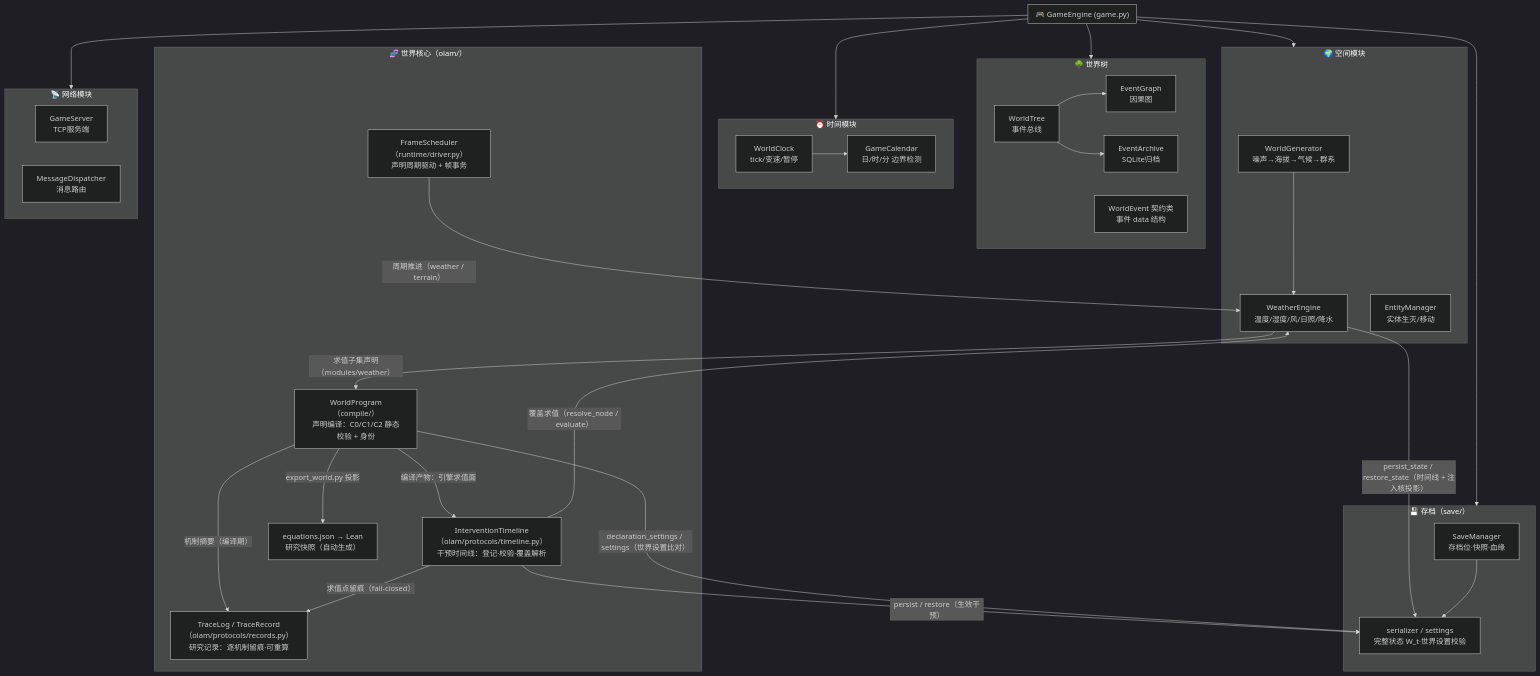
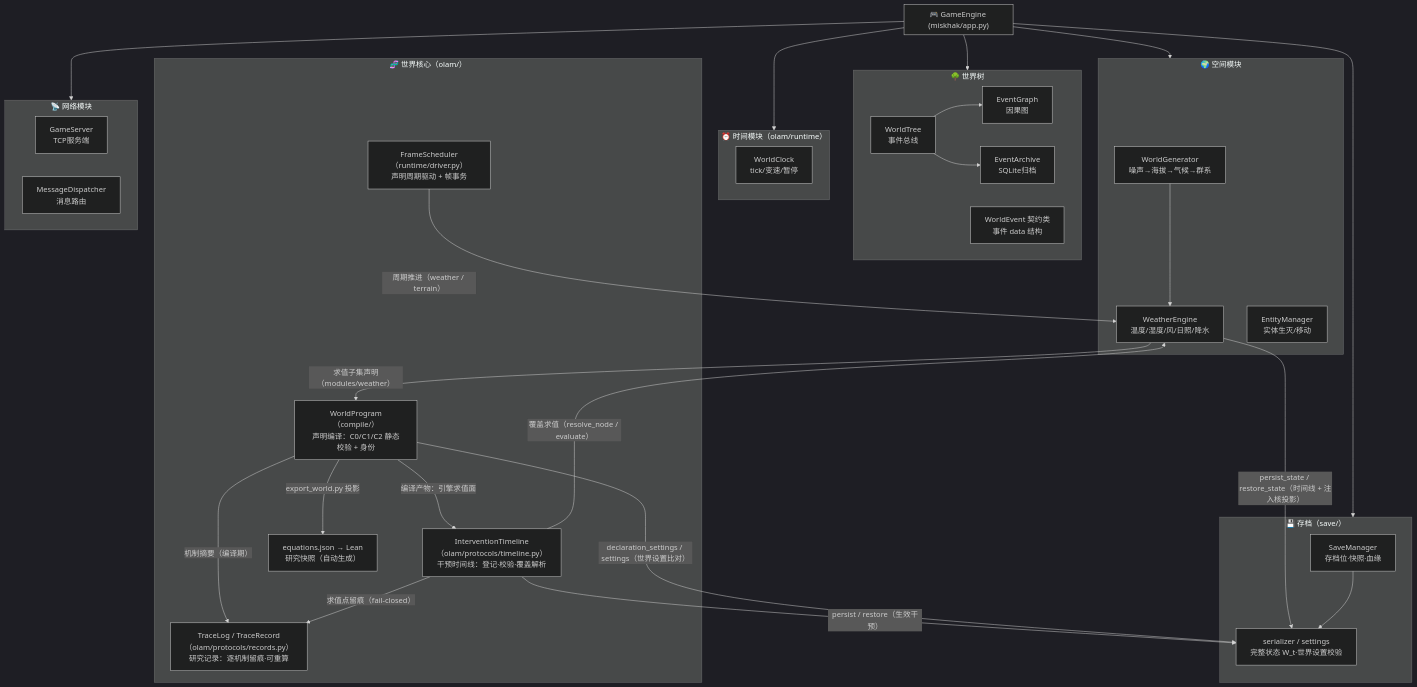
Before and after one commit to Jedidiah-Zhang/Ascend: the first of 6 diagrams in docs/diagrams/architecture.md, drawn with Mermaid (dark theme). The commit also changed other lines of this file and 77 other files, not shown here.

First line of the commit message:
refactor: 删除日历组件，时钟迁入 olam.runtime，清理开发工具目录

````diff
--- a/docs/diagrams/architecture.md
+++ b/docs/diagrams/architecture.md
@@ -5,64 +5,62 @@
 ```mermaid
 graph TD
-    subgraph GameEngine["🎮 GameEngine (game.py)"]
+    subgraph GameEngine["🎮 GameEngine (miskhak/app.py)"]
         direction LR
     end
 
     subgraph WorldTree["🌳 世界树"]
         WT_Tree["WorldTree<br/>事件总线"]
         WT_Graph["EventGraph<br/>因果图"]
         WT_Archive["EventArchive<br/>SQLite归档"]
         WT_Contract["WorldEvent 契约类<br/>事件 data 结构"]
     end
 
-    subgraph Time["⏰ 时间模块"]
+    subgraph Time["⏰ 时间模块（olam/runtime）"]
         CLK["WorldClock<br/>tick/变速/暂停"]
-        CAL["GameCalendar<br/>日/时/分 边界检测"]
     end
 
     subgraph Space["🌍 空间模块"]
         GEN["WorldGenerator<br/>噪声→海拔→气候→群系"]
         WEA["WeatherEngine<br/>温度/湿度/风/日照/降水"]
         ENT["EntityManager<br/>实体生灭/移动"]
     end
 
     subgraph World["🧬 世界核心（olam/）"]
         REG["WorldProgram（compile/）<br/>声明编译：C0/C1/C2 静态校验 + 身份"]
         IVT["InterventionTimeline（olam/protocols/timeline.py）<br/>干预时间线：登记·校验·覆盖解析"]
         SNAP["equations.json → Lean<br/>研究快照（自动生成）"]
         TRC["TraceLog / TraceRecord（olam/protocols/records.py）<br/>研究记录：逐机制留痕·可重算"]
         DRV["FrameScheduler（runtime/driver.py）<br/>声明周期驱动 + 帧事务"]
     end
 
     subgraph Save["💾 存档（save/）"]
         SM["SaveManager<br/>存档位·快照·血缘"]
         SER["serializer / settings<br/>完整状态 W_t·世界设置校验"]
     end
 
     subgraph Net["📡 网络模块"]
         SRV["GameServer<br/>TCP服务端"]
         DISP["MessageDispatcher<br/>消息路由"]
     end
 
     WT_Tree --> WT_Graph
     WT_Tree --> WT_Archive
-    CLK --> CAL
     GEN --> WEA
     WEA -->|"求值子集声明（modules/weather）"| REG
     REG -->|"编译产物：引擎求值面"| IVT
     IVT -->|"覆盖求值（resolve_node / evaluate）"| WEA
     REG -->|"export_world.py 投影"| SNAP
     REG -->|"机制摘要（编译期）"| TRC
     IVT -->|"求值点留痕（fail-closed）"| TRC
     IVT -->|"persist / restore（生效干预）"| SER
     WEA -->|"persist_state / restore_state（时间线 + 注入核投影）"| SER
     REG -->|"declaration_settings / settings（世界设置比对）"| SER
     DRV -->|"周期推进（weather / terrain）"| WEA
     SM --> SER
 
     GameEngine --> WorldTree
     GameEngine --> Time
     GameEngine --> Space
     GameEngine --> Save
     GameEngine --> Net
 ```
````
